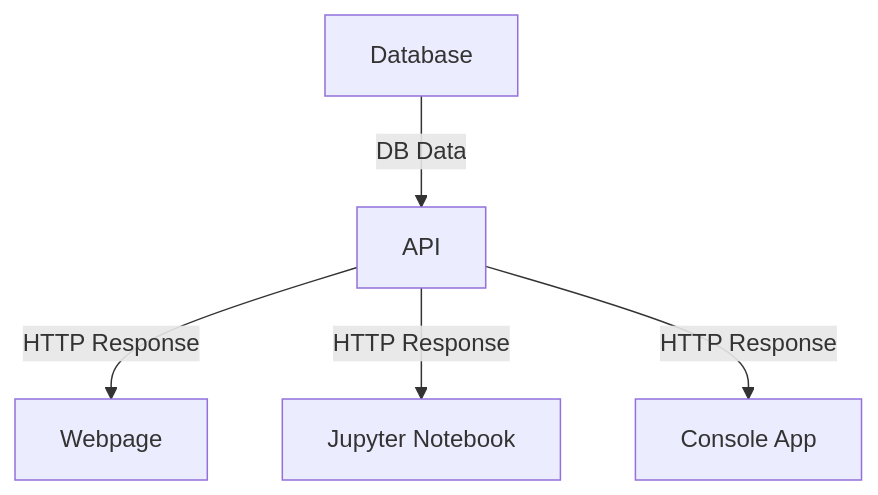
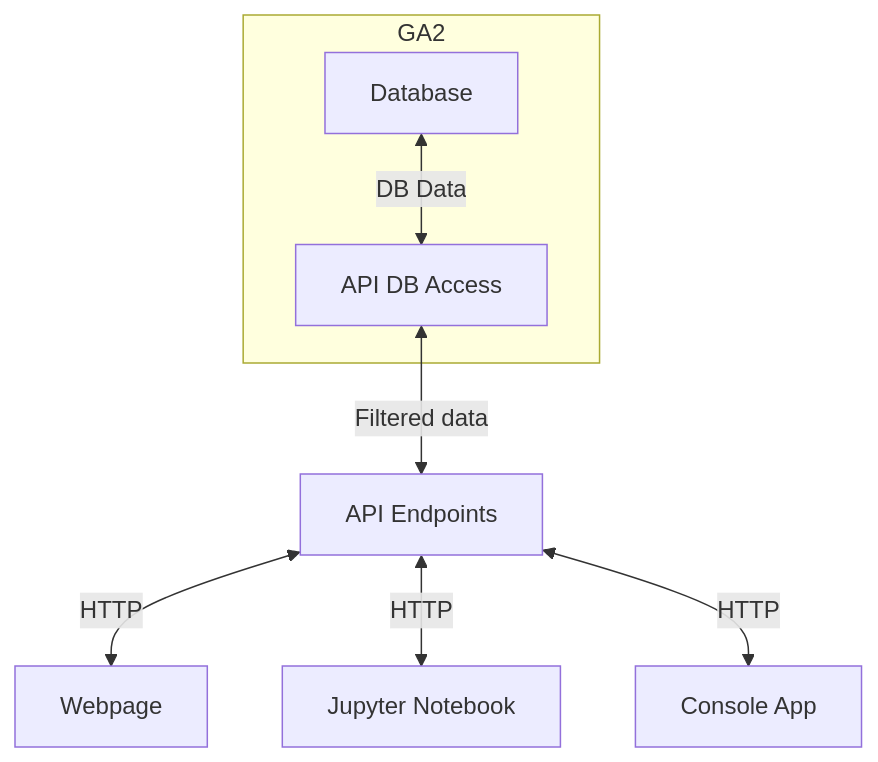
One commit to MLDERES/ISYS58603 changed the first of 3 diagrams in README.md. Above: the diagram before and after it, drawn with Mermaid. The commit also changed other lines of this file and 3 other files, not shown here.

````diff
--- a/README.md
+++ b/README.md
@@ -17,8 +18,10 @@
 ```mermaid
 graph TD
-    E[Database] -->|DB Data| C[API]
-    C -->|HTTP Response| A[Webpage]
-    C -->|HTTP Response| B[Jupyter Notebook]
-    C -->|HTTP Response| D[Console App]
-
+    subgraph "GA2"
+        E[Database]<-->|DB Data| F[API DB Access]
+    end
+    F <-->|Filtered data| G[API Endpoints]
+    G <-->|HTTP| A[Webpage]
+    G <-->|HTTP| B[Jupyter Notebook]
+    G <-->|HTTP| D[Console App]
 ```
````
